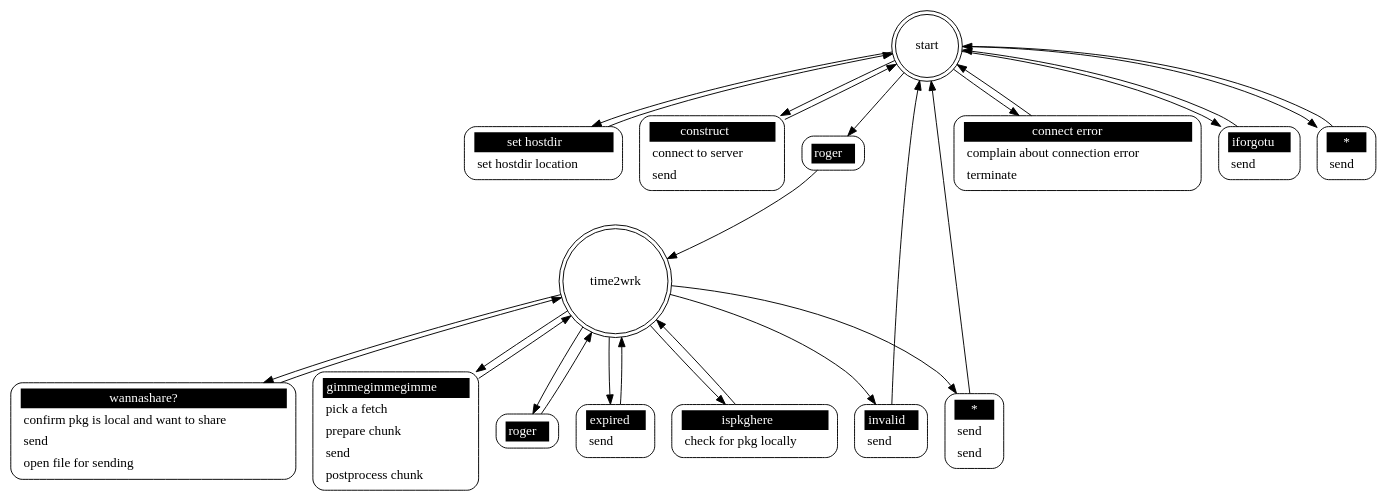
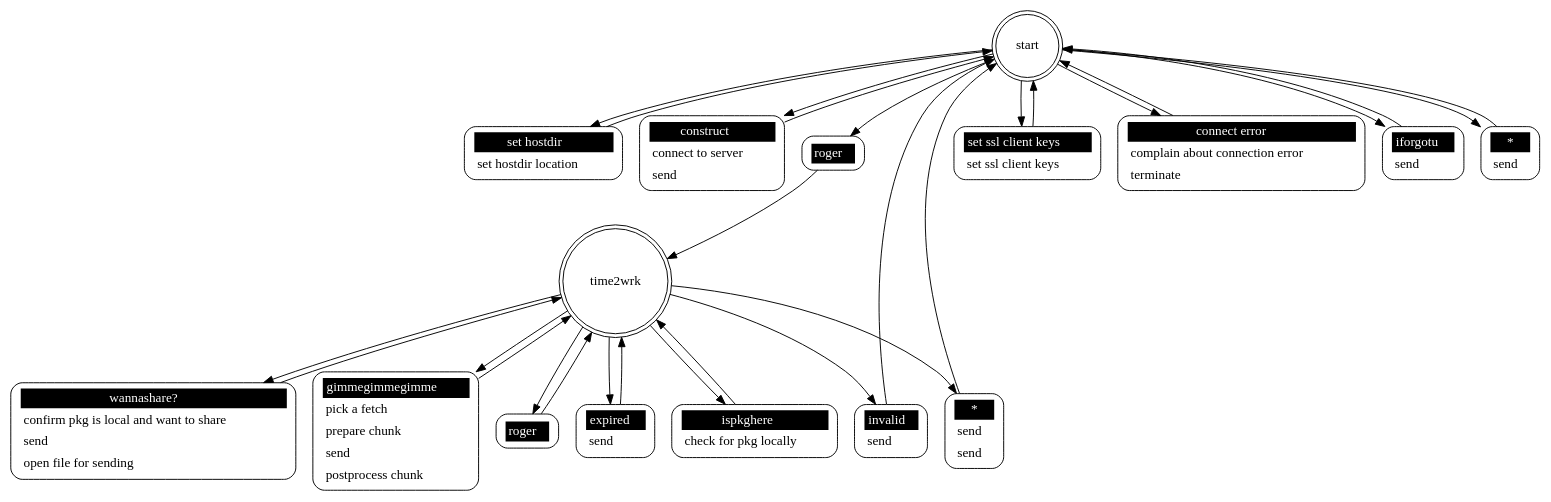
The diagram in src/pkgfiler_remote.dot (Vaelatern/dxpb), drawn with Graphviz before and after one commit. The commit also changed 56 other files, not shown here.

```diff
--- a/src/pkgfiler_remote.dot
+++ b/src/pkgfiler_remote.dot
@@ -1,46 +1,49 @@
 ## Automatically generated from pkgfiler_remote.xml by gsl
 digraph "pkgfiler_remote" {
 
  "start" [shape = "doublecircle"];
  "start set hostdir" [shape = "Mrecord" style = solid label = <<table border="0" cellborder="0" cellpadding="3" bgcolor="white"><tr><td bgcolor="black" align="center" colspan="2"><font color="white">set hostdir</font></td></tr><tr><td align="left" port="r3">set hostdir location</td></tr></table>>];
  "start" -> "start set hostdir";
  "start set hostdir" -> "start";
  "start construct" [shape = "Mrecord" style = solid label = <<table border="0" cellborder="0" cellpadding="3" bgcolor="white"><tr><td bgcolor="black" align="center" colspan="2"><font color="white">construct</font></td></tr><tr><td align="left" port="r3">connect to server</td></tr><tr><td align="left" port="r3">send</td></tr></table>>];
  "start" -> "start construct";
  "start construct" -> "start";
  "start roger" [shape = "Mrecord" style = solid label = <<table border="0" cellborder="0" cellpadding="3" bgcolor="white"><tr><td bgcolor="black" align="center" colspan="2"><font color="white">roger</font></td></tr></table>>];
  "start" -> "start roger";
  "start roger" -> "time2wrk";
+ "start set ssl client keys" [shape = "Mrecord" style = solid label = <<table border="0" cellborder="0" cellpadding="3" bgcolor="white"><tr><td bgcolor="black" align="center" colspan="2"><font color="white">set ssl client keys</font></td></tr><tr><td align="left" port="r3">set ssl client keys</td></tr></table>>];
+ "start" -> "start set ssl client keys";
+ "start set ssl client keys" -> "start";
  "start connect error" [shape = "Mrecord" style = solid label = <<table border="0" cellborder="0" cellpadding="3" bgcolor="white"><tr><td bgcolor="black" align="center" colspan="2"><font color="white">connect error</font></td></tr><tr><td align="left" port="r3">complain about connection error</td></tr><tr><td align="left" port="r3">terminate</td></tr></table>>];
  "start" -> "start connect error";
  "start connect error" -> "start";
  "start iforgotu" [shape = "Mrecord" style = solid label = <<table border="0" cellborder="0" cellpadding="3" bgcolor="white"><tr><td bgcolor="black" align="center" colspan="2"><font color="white">iforgotu</font></td></tr><tr><td align="left" port="r3">send</td></tr></table>>];
  "start" -> "start iforgotu";
  "start iforgotu" -> "start";
  "start *" [shape = "Mrecord" style = solid label = <<table border="0" cellborder="0" cellpadding="3" bgcolor="white"><tr><td bgcolor="black" align="center" colspan="2"><font color="white">*</font></td></tr><tr><td align="left" port="r3">send</td></tr></table>>];
  "start" -> "start *";
  "start *" -> "start";
 
  "time2wrk" [shape = "doublecircle"];
  "time2wrk ispkghere" [shape = "Mrecord" style = solid label = <<table border="0" cellborder="0" cellpadding="3" bgcolor="white"><tr><td bgcolor="black" align="center" colspan="2"><font color="white">ispkghere</font></td></tr><tr><td align="left" port="r3">check for pkg locally</td></tr></table>>];
  "time2wrk" -> "time2wrk ispkghere";
  "time2wrk ispkghere" -> "time2wrk";
  "time2wrk wannashare?" [shape = "Mrecord" style = solid label = <<table border="0" cellborder="0" cellpadding="3" bgcolor="white"><tr><td bgcolor="black" align="center" colspan="2"><font color="white">wannashare?</font></td></tr><tr><td align="left" port="r3">confirm pkg is local and want to share</td></tr><tr><td align="left" port="r3">send</td></tr><tr><td align="left" port="r3">open file for sending</td></tr></table>>];
  "time2wrk" -> "time2wrk wannashare?";
  "time2wrk wannashare?" -> "time2wrk";
  "time2wrk gimmegimmegimme" [shape = "Mrecord" style = solid label = <<table border="0" cellborder="0" cellpadding="3" bgcolor="white"><tr><td bgcolor="black" align="center" colspan="2"><font color="white">gimmegimmegimme</font></td></tr><tr><td align="left" port="r3">pick a fetch</td></tr><tr><td align="left" port="r3">prepare chunk</td></tr><tr><td align="left" port="r3">send</td></tr><tr><td align="left" port="r3">postprocess chunk</td></tr></table>>];
  "time2wrk" -> "time2wrk gimmegimmegimme";
  "time2wrk gimmegimmegimme" -> "time2wrk";
  "time2wrk roger" [shape = "Mrecord" style = solid label = <<table border="0" cellborder="0" cellpadding="3" bgcolor="white"><tr><td bgcolor="black" align="center" colspan="2"><font color="white">roger</font></td></tr></table>>];
  "time2wrk" -> "time2wrk roger";
  "time2wrk roger" -> "time2wrk";
  "time2wrk expired" [shape = "Mrecord" style = solid label = <<table border="0" cellborder="0" cellpadding="3" bgcolor="white"><tr><td bgcolor="black" align="center" colspan="2"><font color="white">expired</font></td></tr><tr><td align="left" port="r3">send</td></tr></table>>];
  "time2wrk" -> "time2wrk expired";
  "time2wrk expired" -> "time2wrk";
  "time2wrk invalid" [shape = "Mrecord" style = solid label = <<table border="0" cellborder="0" cellpadding="3" bgcolor="white"><tr><td bgcolor="black" align="center" colspan="2"><font color="white">invalid</font></td></tr><tr><td align="left" port="r3">send</td></tr></table>>];
  "time2wrk" -> "time2wrk invalid";
  "time2wrk invalid" -> "start";
  "time2wrk *" [shape = "Mrecord" style = solid label = <<table border="0" cellborder="0" cellpadding="3" bgcolor="white"><tr><td bgcolor="black" align="center" colspan="2"><font color="white">*</font></td></tr><tr><td align="left" port="r3">send</td></tr><tr><td align="left" port="r3">send</td></tr></table>>];
  "time2wrk" -> "time2wrk *";
  "time2wrk *" -> "start";
 }
```
